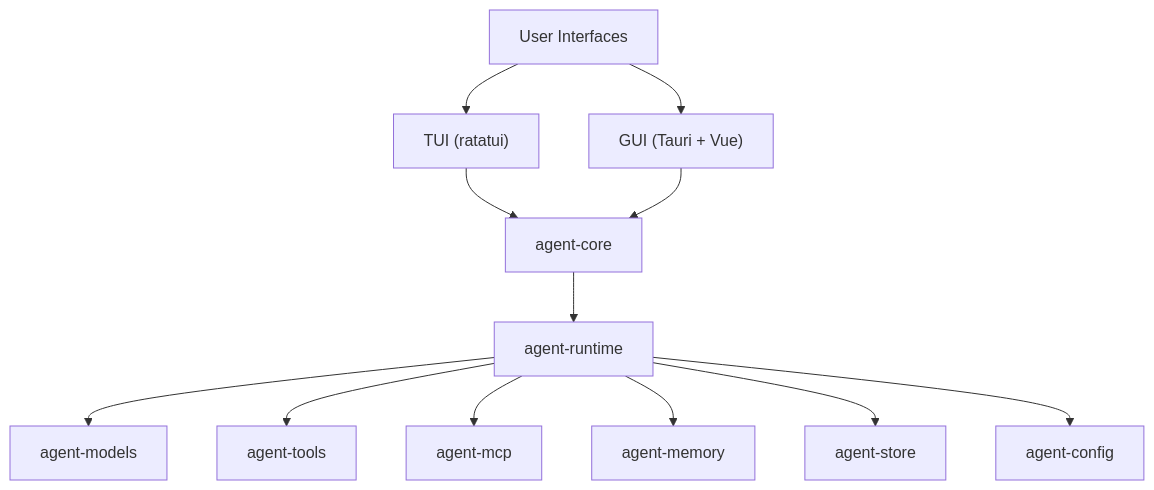
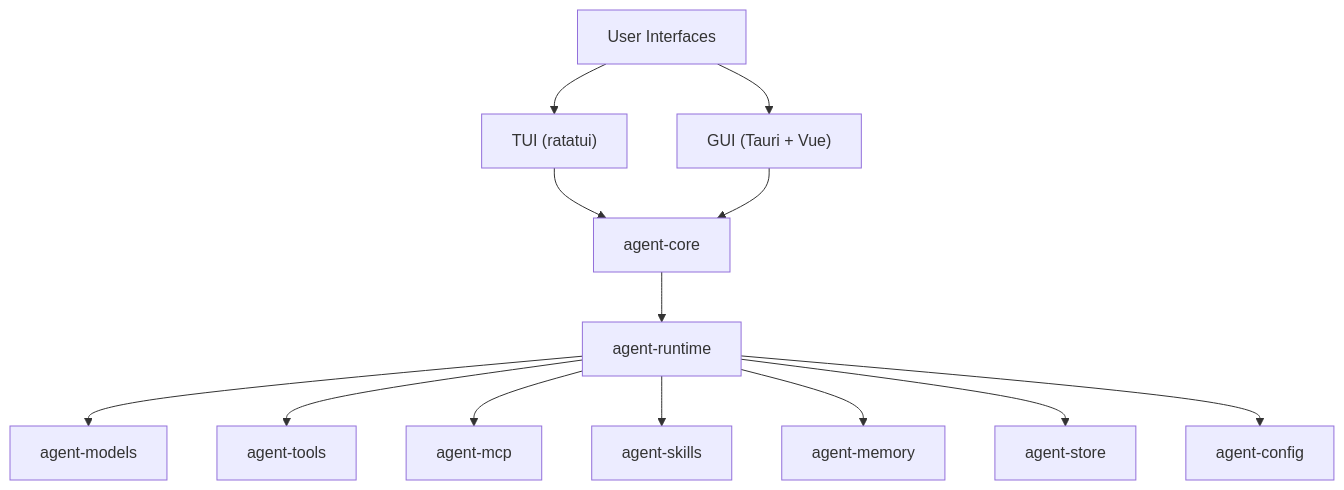
Before and after one commit to Z-Only/kairox: the diagram in README.md, drawn with Mermaid. The commit also changed other lines of this file and 12 other files, not shown here.

````diff
--- a/README.md
+++ b/README.md
@@ -24,26 +24,28 @@
 ```mermaid
 graph TD
     UI["User Interfaces"]
     TUI["TUI (ratatui)"]
     GUI["GUI (Tauri + Vue)"]
     CORE["agent-core"]
     RUNTIME["agent-runtime"]
     MODELS["agent-models"]
     TOOLS["agent-tools"]
     MCP["agent-mcp"]
+    SKILLS["agent-skills"]
     MEMORY["agent-memory"]
     STORE["agent-store"]
     CONFIG["agent-config"]
 
     UI --> TUI
     UI --> GUI
     TUI --> CORE
     GUI --> CORE
     CORE --> RUNTIME
     RUNTIME --> MODELS
     RUNTIME --> TOOLS
     RUNTIME --> MCP
+    RUNTIME --> SKILLS
     RUNTIME --> MEMORY
     RUNTIME --> STORE
     RUNTIME --> CONFIG
 ```
````
